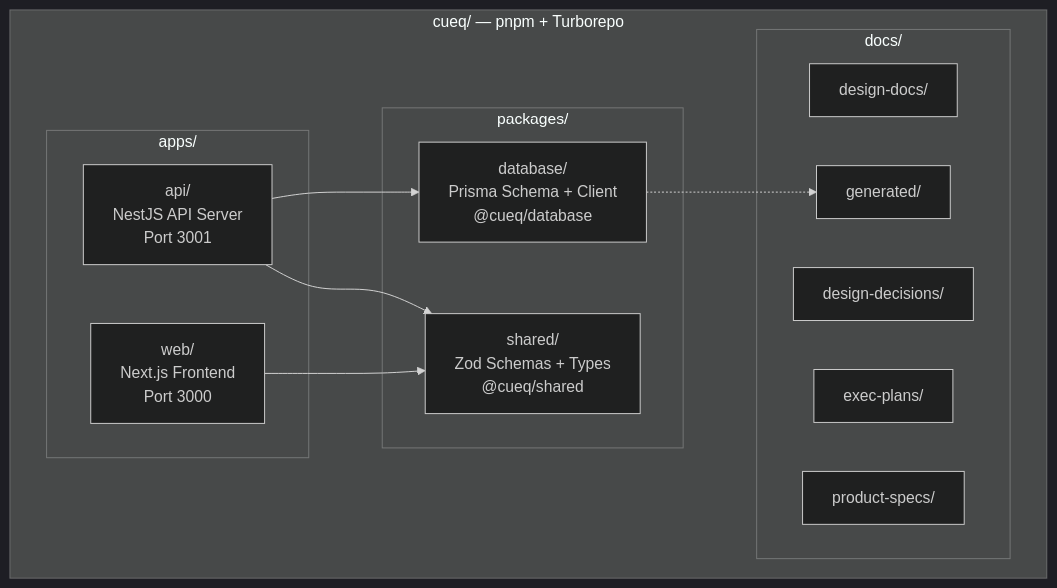
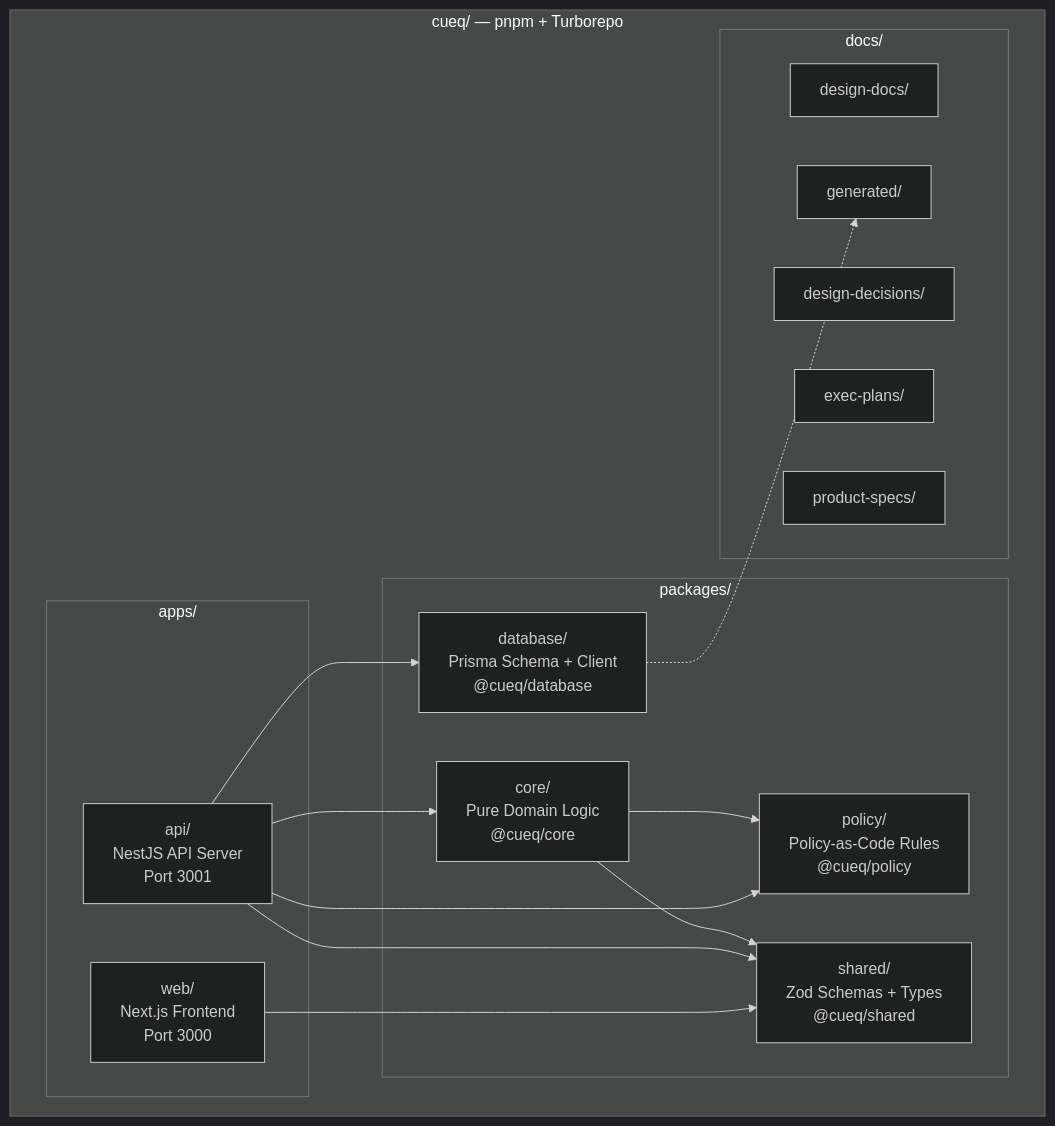
The fourth of 6 diagrams in README.md (sebastianspicker/cueq), drawn with Mermaid (dark theme) before and after one commit. The commit also changed other lines of this file and 52 other files, not shown here.

````diff
--- a/README.md
+++ b/README.md
@@ -133,27 +133,33 @@
 ```mermaid
 graph TD
     subgraph Monorepo ["cueq/ — pnpm + Turborepo"]
         subgraph Apps ["apps/"]
             API["api/<br/>NestJS API Server<br/>Port 3001"]
             WEB["web/<br/>Next.js Frontend<br/>Port 3000"]
         end
 
         subgraph Packages ["packages/"]
+            CORE["core/<br/>Pure Domain Logic<br/>@cueq/core"]
             DB["database/<br/>Prisma Schema + Client<br/>@cueq/database"]
+            POL["policy/<br/>Policy-as-Code Rules<br/>@cueq/policy"]
             SH["shared/<br/>Zod Schemas + Types<br/>@cueq/shared"]
         end
 
         subgraph Docs ["docs/"]
             DD[design-docs/]
             ADR[design-decisions/]
             EP[exec-plans/]
             PS[product-specs/]
             GEN[generated/]
         end
     end
 
     API --> DB
+    API --> CORE
+    CORE --> POL
+    CORE --> SH
+    API --> POL
     API --> SH
     WEB --> SH
     DB -.-> GEN
 ```
````
